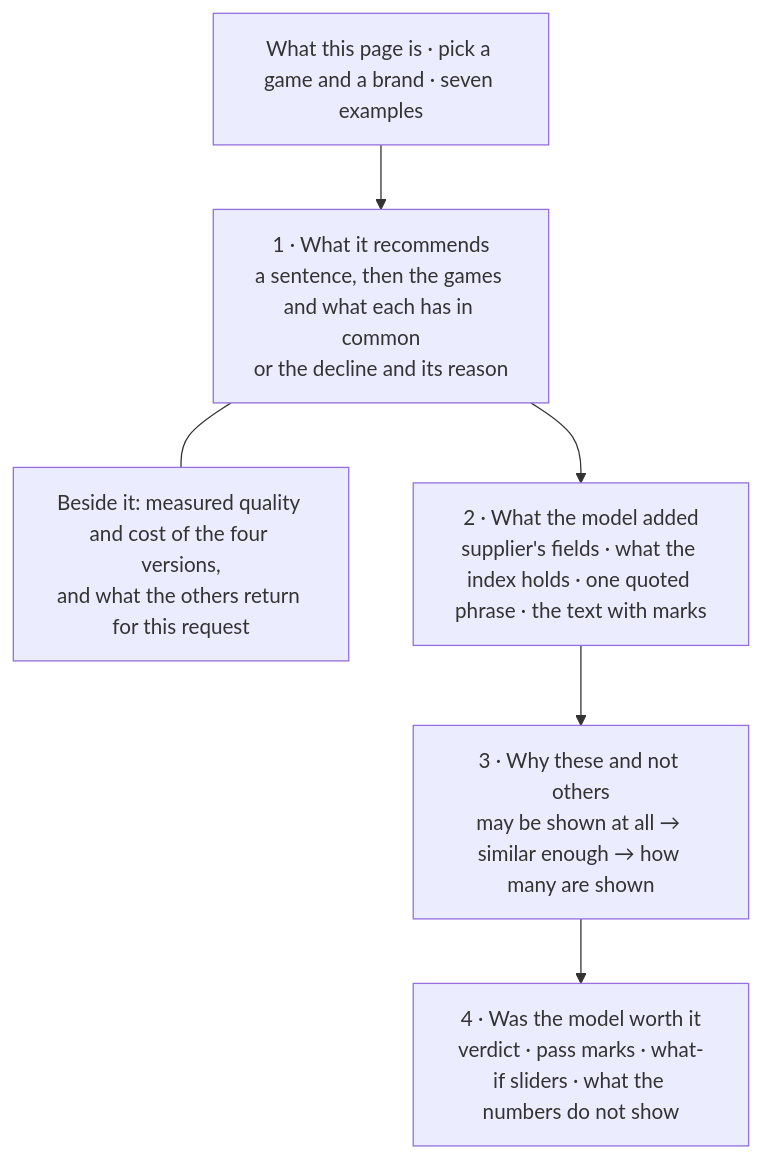
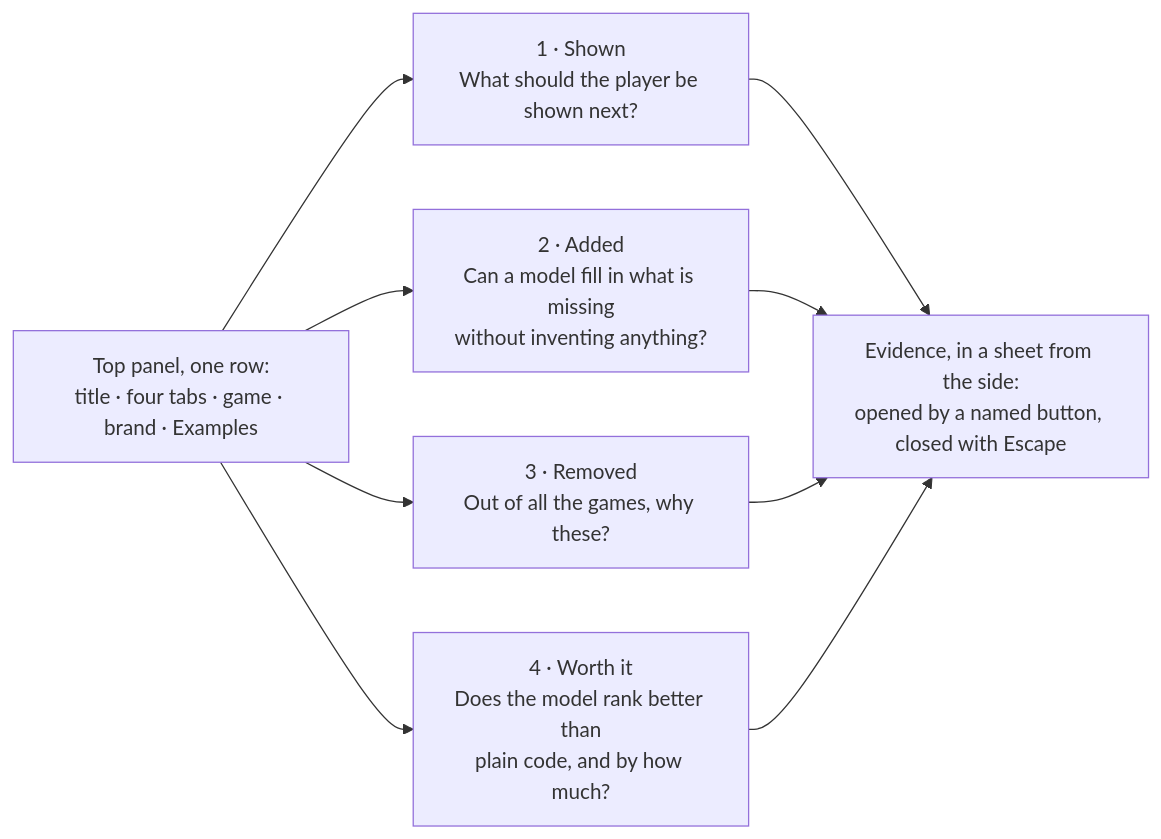
One commit to AndriiPasternak31/because-you-played changed the diagram in docs/features/interface.md. Above: the diagram before and after it, drawn with Mermaid. The commit also changed other lines of this file and 20 other files, not shown here.

First line of the commit message:
feat(page): one question per section, sized to the window, with the bundle in the repository

````diff
--- a/docs/features/interface.md
+++ b/docs/features/interface.md
@@ -9,8 +9,9 @@
 ```mermaid
-flowchart TD
-  H["What this page is · pick a game and a brand · seven examples"] --> A
-  A["1 · What it recommends<br/>a sentence, then the games and what each has in common<br/>or the decline and its reason"] --- W["Beside it: measured quality and cost of the four versions,<br/>and what the others return for this request"]
-  A --> B["2 · What the model added<br/>supplier's fields · what the index holds · one quoted phrase · the text with marks"]
-  B --> C["3 · Why these and not others<br/>may be shown at all → similar enough → how many are shown"]
-  C --> D["4 · Was the model worth it<br/>verdict · pass marks · what-if sliders · what the numbers do not show"]
+flowchart LR
+  P["Top panel, one row:<br/>title · four tabs · game · brand · Examples"] --> S1 & S2 & S3 & S4
+  S1["1 · Shown<br/>What should the player be shown next?"]
+  S2["2 · Added<br/>Can a model fill in what is missing<br/>without inventing anything?"]
+  S3["3 · Removed<br/>Out of all the games, why these?"]
+  S4["4 · Worth it<br/>Does the model rank better than<br/>plain code, and by how much?"]
+  S1 & S2 & S3 & S4 --> E["Evidence, in a sheet from the side:<br/>opened by a named button, closed with Escape"]
 ```
````
